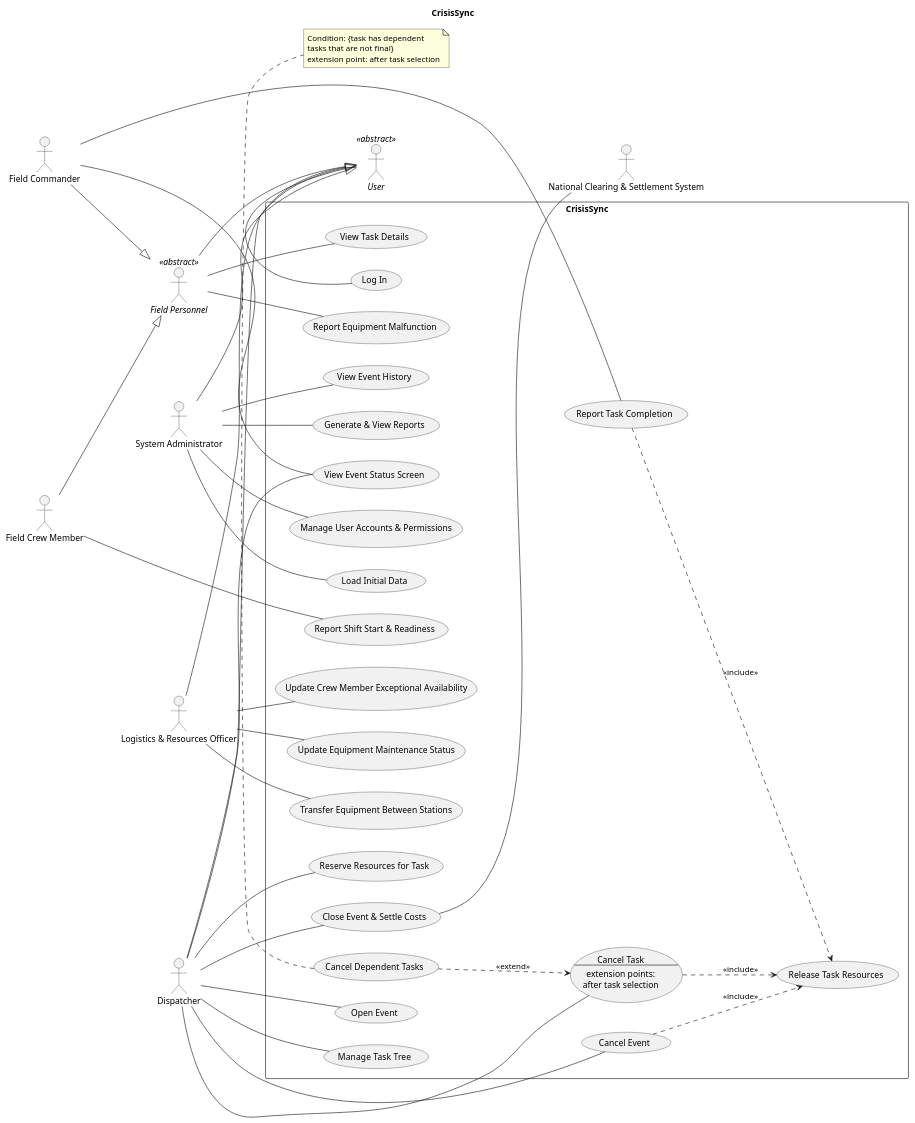
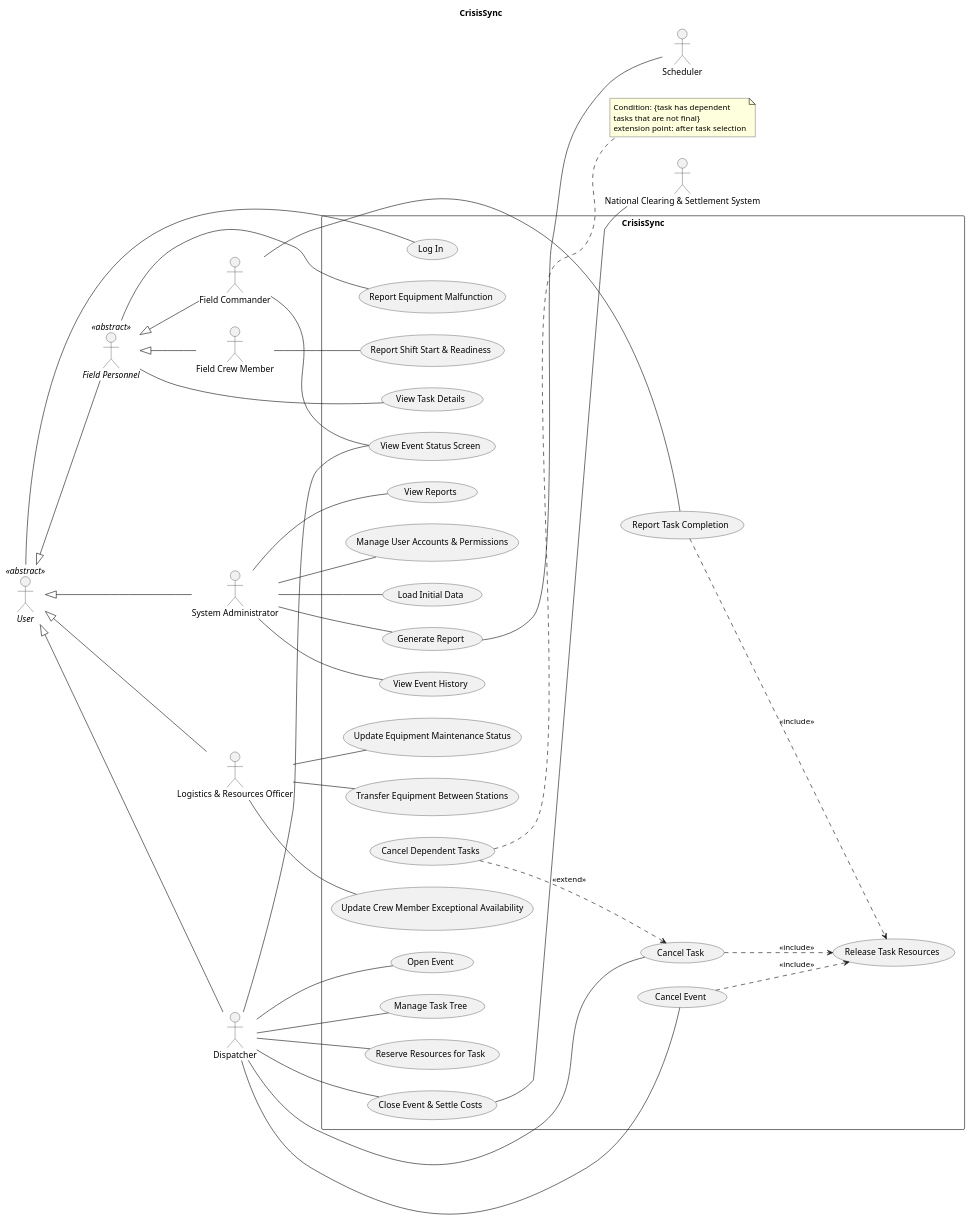
Before and after one commit to Zer0Hiro/CrysisSync: the diagram in useCase.puml, drawn with PlantUML.

Commit message:
Added new actors, separated generate report and view report to two usecases. Fixed typos.

```diff
--- a/useCase.puml
+++ b/useCase.puml
@@ -1,102 +1,103 @@
 @startuml
 'skinparam actorStyle awesome
 left to right direction
 title CrisisSync
 
 ' ===== Actors =====
 actor "//User//" as USER <<abstract>>
 actor "System Administrator" as SA
 actor "Logistics & Resources Officer" as LO
 actor "Dispatcher" as D
 actor "//Field Personnel//" as FP <<abstract>>
 actor "Field Commander" as FC
 actor "Field Crew Member" as FCM
 actor "National Clearing & Settlement System" as NCSS
+actor "Scheduler" as SCHED
 
-' ===== Actor generalization (child --|> parent) =====
-SA --|> USER
-LO --|> USER
-D --|> USER
-FP --|> USER
-FC --|> FP
-FCM --|> FP
+' ===== Actor generalization (parent <|-- child: arrow still points to parent; parent is laid out to the left) =====
+USER <|-- SA
+USER <|-- LO
+USER <|-- D
+USER <|-- FP
+FP <|-- FC
+FP <|-- FCM
 
 ' ===== System boundary =====
 rectangle "CrisisSync" {
   usecase "Log In" as Login
 
   ' --- Administration ---
   usecase "Manage User Accounts & Permissions" as ManageUsers
   usecase "Load Initial Data" as LoadData
   usecase "View Event History" as EventHistory
-  usecase "Generate & View Reports" as Reports
+  usecase "Generate Report" as GenerateReport
+  usecase "View Reports" as ViewReports
 
   ' --- Resource Management ---
   usecase "Update Equipment Maintenance Status" as Maintenance
   usecase "Transfer Equipment Between Stations" as TransferEquipment
   usecase "Update Crew Member Exceptional Availability" as ExceptionalAvailability
 
   ' --- Event & Task Management ---
   usecase "Open Event" as OpenEvent
   usecase "Cancel Event" as CancelEvent
   usecase "Manage Task Tree" as ManageTaskTree
   usecase "Reserve Resources for Task" as ReserveResources
-  usecase CancelTask as "Cancel Task
---
-extension points:
-after task selection"
+  usecase "Cancel Task" as CancelTask
   usecase "Cancel Dependent Tasks" as CancelDependents
   usecase "Release Task Resources" as ReleaseResources
   usecase "View Event Status Screen" as EventStatus
   usecase "Close Event & Settle Costs" as CloseEvent
 
   ' --- Field Operations ---
   usecase "Report Task Completion" as TaskCompletion
   usecase "View Task Details" as TaskDetails
   usecase "Report Equipment Malfunction" as EquipmentMalfunction
   usecase "Report Shift Start & Readiness" as ShiftReadiness
 }
 
 ' ===== Associations: primary actors (left) =====
 USER -- Login
 
 SA -- ManageUsers
 SA -- LoadData
 SA -- EventHistory
-SA -- Reports
+SA -- GenerateReport
+SA -- ViewReports
 
 LO -- Maintenance
 LO -- TransferEquipment
 LO -- ExceptionalAvailability
 
 D -- OpenEvent
 D -- CancelEvent
 D -- ManageTaskTree
 D -- ReserveResources
 D -- CancelTask
 D -- EventStatus
 D -- CloseEvent
 
 FC -- EventStatus
 FC -- TaskCompletion
 FP -- TaskDetails
 FP -- EquipmentMalfunction
 FCM -- ShiftReadiness
 
-' ===== Association: secondary actor (right) =====
+' ===== Non-human actors (right): UC written first so the actor is placed right of the boundary =====
 CloseEvent -- NCSS
+GenerateReport -- SCHED
 
 ' ===== Include (base ..> included) =====
 CancelEvent ..> ReleaseResources : <<include>>
 CancelTask ..> ReleaseResources : <<include>>
 TaskCompletion ..> ReleaseResources : <<include>>
 
 ' ===== Extend (extension ..> base) =====
 CancelDependents ..> CancelTask : <<extend>>
-note bottom of CancelDependents
+note right of CancelDependents
   Condition: {task has dependent
   tasks that are not final}
   extension point: after task selection
 end note
 
 @enduml
```
